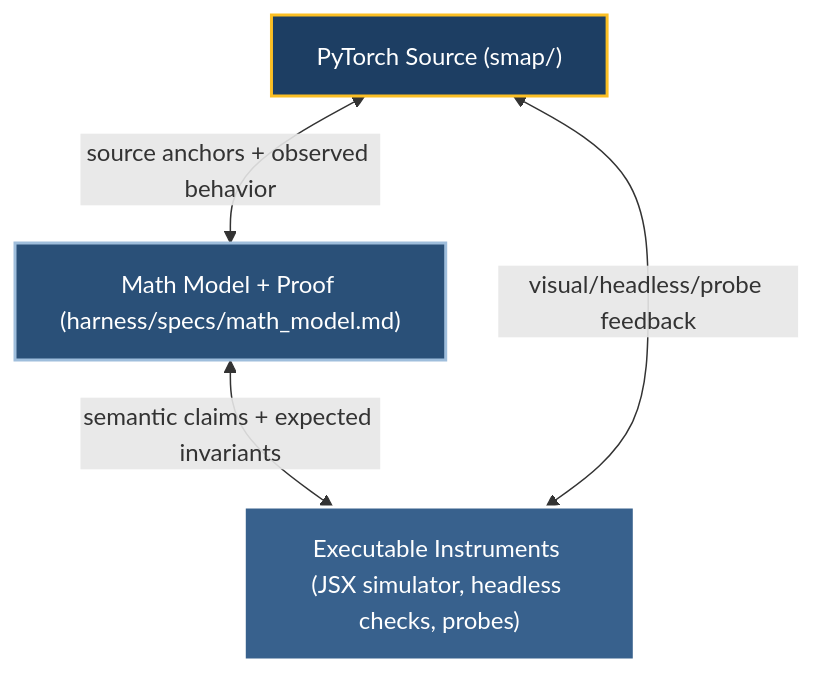
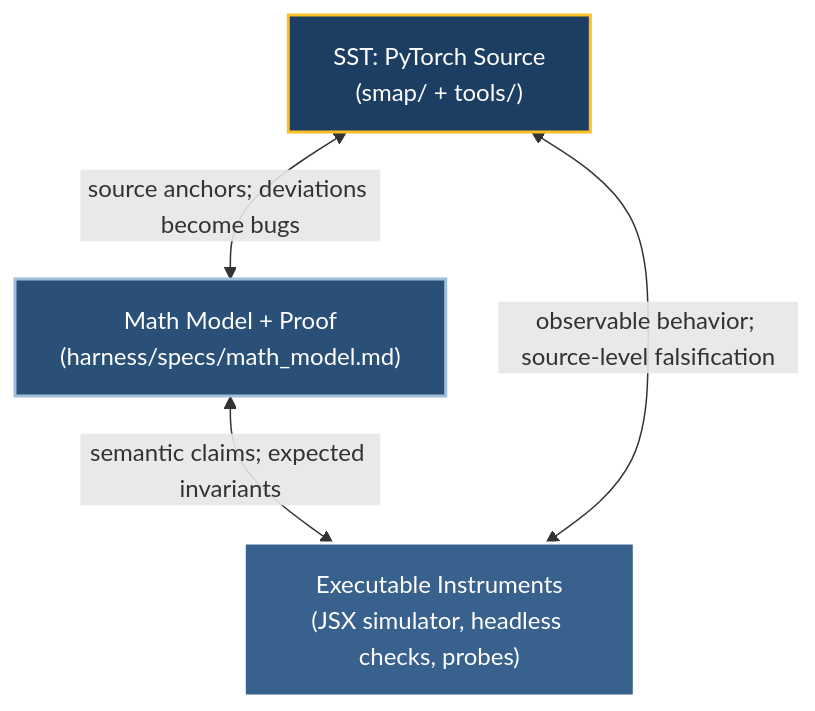
One commit to thienannguyen-cv/SMap changed the diagram in harness/README.md. Above: the diagram before and after it, drawn with Mermaid. The commit also changed other lines of this file and 2 other files, not shown here.

Commit message:
docs: improve documentation structure and contribution guidance

````diff
--- a/harness/README.md
+++ b/harness/README.md
@@ -9,14 +9,14 @@
 ```mermaid
 graph TD
-    classDef core fill:#1D3E63,stroke:#FBBF24,stroke-width:2px,color:#fff;
-    classDef proof fill:#2A5078,stroke:#9FBEDC,stroke-width:2px,color:#fff;
-    classDef ui fill:#38618D,stroke:#fff,stroke-width:2px,color:#fff;
+    classDef source fill:#1D3E63,stroke:#FBBF24,stroke-width:2px,color:#fff;
+    classDef model fill:#2A5078,stroke:#9FBEDC,stroke-width:2px,color:#fff;
+    classDef instrument fill:#38618D,stroke:#fff,stroke-width:2px,color:#fff;
 
-    A["PyTorch Source (smap/)"]:::core
-    B["Math Model + Proof (harness/specs/math_model.md)"]:::proof
-    C["Executable Instruments (JSX simulator, headless checks, probes)"]:::ui
+    A["SST: PyTorch Source<br/>(smap/ + tools/)"]:::source
+    B["Math Model + Proof<br/>(harness/specs/math_model.md)"]:::model
+    C["Executable Instruments<br/>(JSX simulator, headless checks, probes)"]:::instrument
 
-    A <-->|"source anchors + observed behavior"| B
-    B <-->|"semantic claims + expected invariants"| C
-    C <-->|"visual/headless/probe feedback"| A
+    A <-->|"source anchors; deviations become bugs"| B
+    B <-->|"semantic claims; expected invariants"| C
+    C <-->|"observable behavior; source-level falsification"| A
 ```
````
